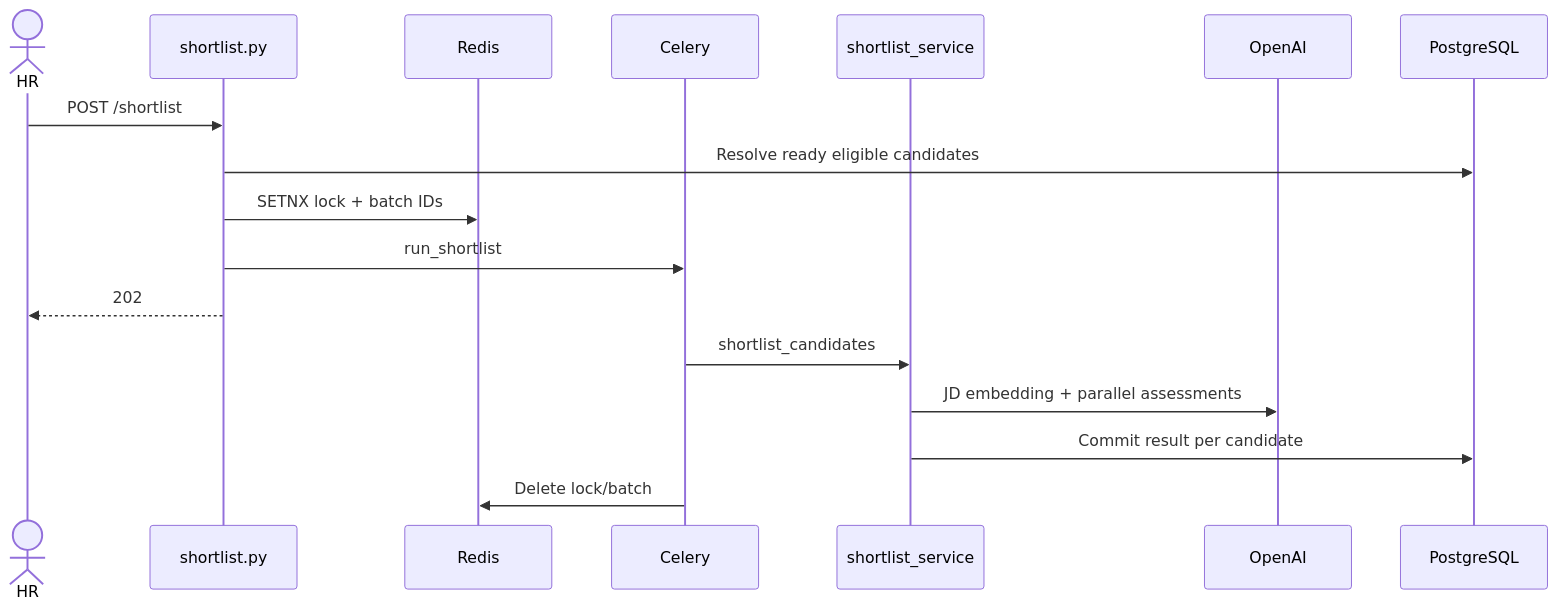
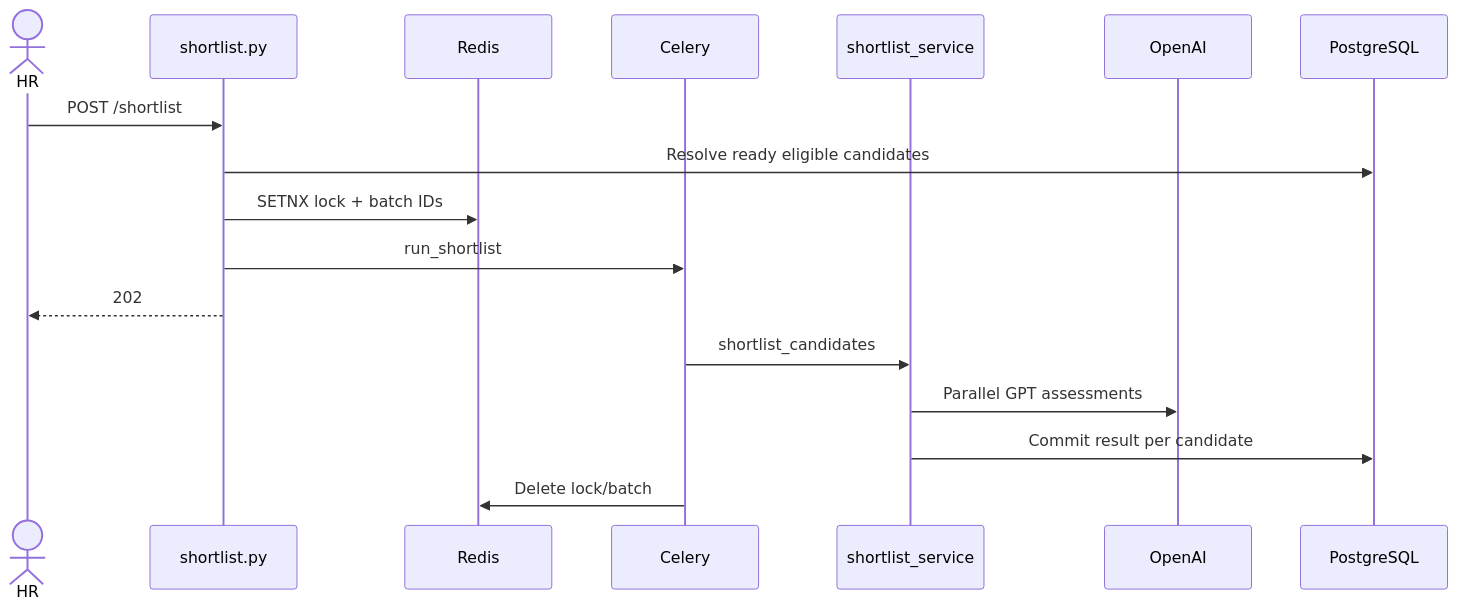
The second of 4 diagrams in backend/app/ARCHITECTURE.md (M-Dayyan-Kernel/recruithub), drawn with Mermaid before and after one commit. The commit also changed other lines of this file and 17 other files, not shown here.

````diff
--- a/backend/app/ARCHITECTURE.md
+++ b/backend/app/ARCHITECTURE.md
@@ -1581,19 +1560,19 @@
 ```mermaid
 sequenceDiagram
   actor HR
   participant API as shortlist.py
   participant R as Redis
   participant C as Celery
   participant S as shortlist_service
   participant AI as OpenAI
   participant DB as PostgreSQL
   HR->>API: POST /shortlist
   API->>DB: Resolve ready eligible candidates
   API->>R: SETNX lock + batch IDs
   API->>C: run_shortlist
   API-->>HR: 202
   C->>S: shortlist_candidates
-  S->>AI: JD embedding + parallel assessments
+  S->>AI: Parallel GPT assessments
   S->>DB: Commit result per candidate
   C->>R: Delete lock/batch
 ```
````
